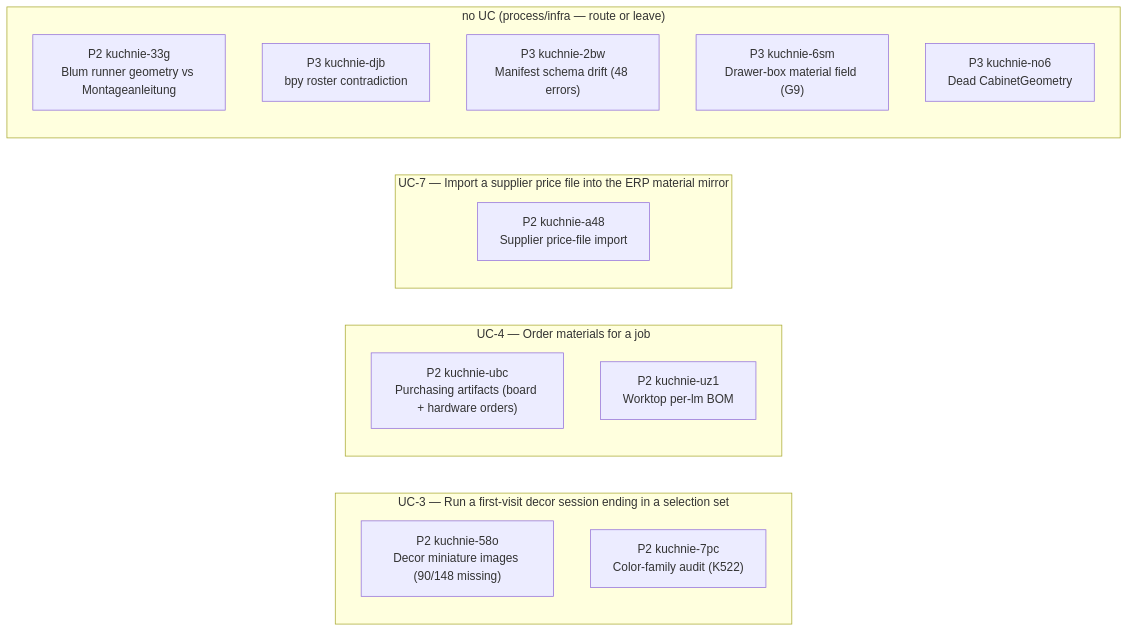
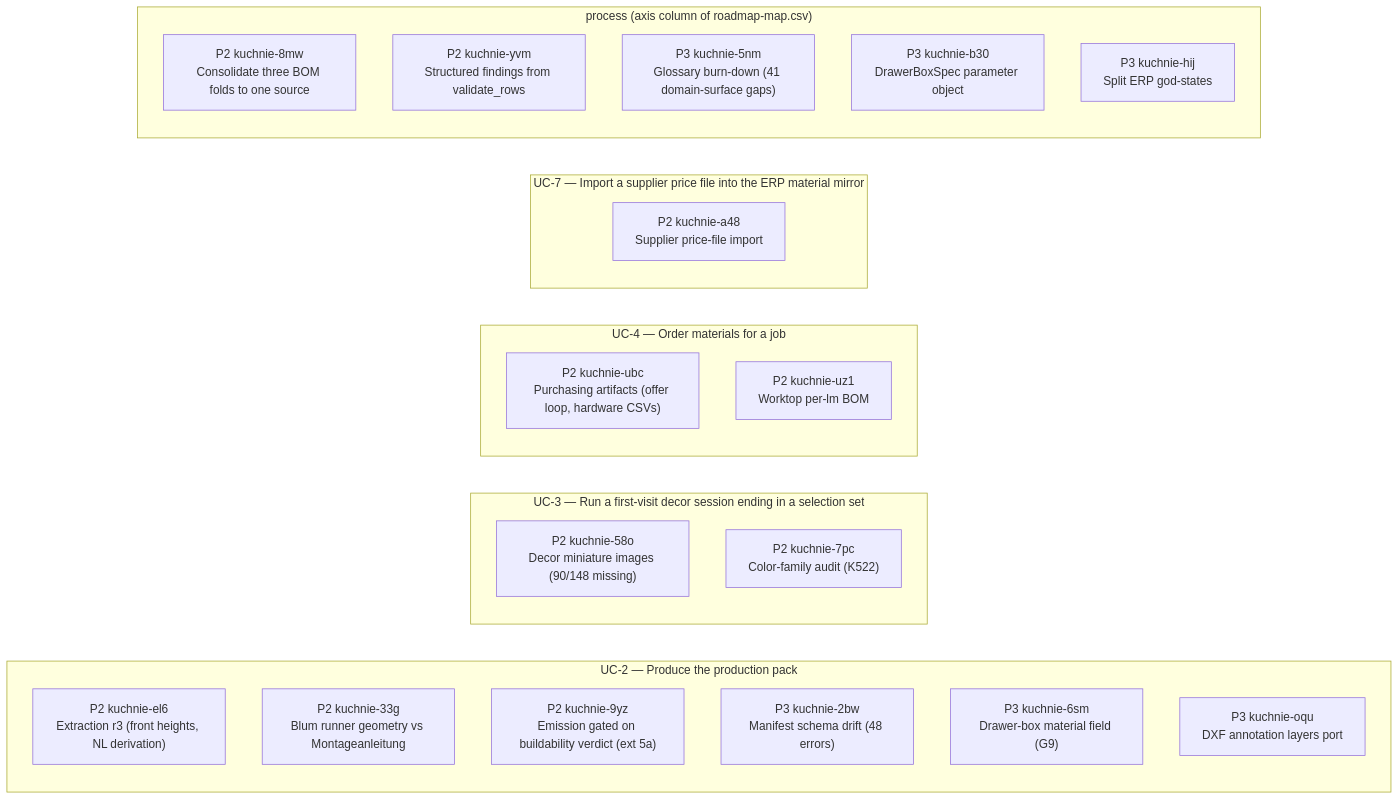
The second of 2 diagrams in STATUS.md (m1981/kuchnie), drawn with Mermaid before and after one commit. The commit also changed other lines of this file and 7 other files, not shown here.

Commit message:
dashboard v2 (wk-f6d3d2f1): five PM questions with needle commands — UC progress bars, owner lane, product|process split + proportion, gap register, all-specs R7; axis column + gap-register.csv; satisfied items wk-5cb8c45e/wk-99b51e00 closed en route

````diff
--- a/STATUS.md
+++ b/STATUS.md
@@ -79,21 +150,29 @@
 ```mermaid
 flowchart LR
+    subgraph gUC_2 ["UC-2 — Produce the production pack"]
+        u_kuchnie_el6["P2 kuchnie-el6<br/>Extraction r3 (front heights, NL derivation)"]
+        u_kuchnie_33g["P2 kuchnie-33g<br/>Blum runner geometry vs Montageanleitung"]
+        u_kuchnie_9yz["P2 kuchnie-9yz<br/>Emission gated on buildability verdict (ext 5a)"]
+        u_kuchnie_2bw["P3 kuchnie-2bw<br/>Manifest schema drift (48 errors)"]
+        u_kuchnie_6sm["P3 kuchnie-6sm<br/>Drawer-box material field (G9)"]
+        u_kuchnie_oqu["P3 kuchnie-oqu<br/>DXF annotation layers port"]
+    end
     subgraph gUC_3 ["UC-3 — Run a first-visit decor session ending in a selection set"]
         u_kuchnie_58o["P2 kuchnie-58o<br/>Decor miniature images (90/148 missing)"]
         u_kuchnie_7pc["P2 kuchnie-7pc<br/>Color-family audit (K522)"]
     end
     subgraph gUC_4 ["UC-4 — Order materials for a job"]
-        u_kuchnie_ubc["P2 kuchnie-ubc<br/>Purchasing artifacts (board + hardware orders)"]
+        u_kuchnie_ubc["P2 kuchnie-ubc<br/>Purchasing artifacts (offer loop, hardware CSVs)"]
         u_kuchnie_uz1["P2 kuchnie-uz1<br/>Worktop per-lm BOM"]
     end
     subgraph gUC_7 ["UC-7 — Import a supplier price file into the ERP material mirror"]
         u_kuchnie_a48["P2 kuchnie-a48<br/>Supplier price-file import"]
     end
-    subgraph g_none ["no UC (process/infra — route or leave)"]
-        u_kuchnie_33g["P2 kuchnie-33g<br/>Blum runner geometry vs Montageanleitung"]
-        u_kuchnie_djb["P3 kuchnie-djb<br/>bpy roster contradiction"]
-        u_kuchnie_2bw["P3 kuchnie-2bw<br/>Manifest schema drift (48 errors)"]
-        u_kuchnie_6sm["P3 kuchnie-6sm<br/>Drawer-box material field (G9)"]
-        u_kuchnie_no6["P3 kuchnie-no6<br/>Dead CabinetGeometry"]
+    subgraph g_none ["process (axis column of roadmap-map.csv)"]
+        u_kuchnie_8mw["P2 kuchnie-8mw<br/>Consolidate three BOM folds to one source"]
+        u_kuchnie_yvm["P2 kuchnie-yvm<br/>Structured findings from validate_rows"]
+        u_kuchnie_5nm["P3 kuchnie-5nm<br/>Glossary burn-down (41 domain-surface gaps)"]
+        u_kuchnie_b30["P3 kuchnie-b30<br/>DrawerBoxSpec parameter object"]
+        u_kuchnie_hij["P3 kuchnie-hij<br/>Split ERP god-states"]
     end
 ```
````
